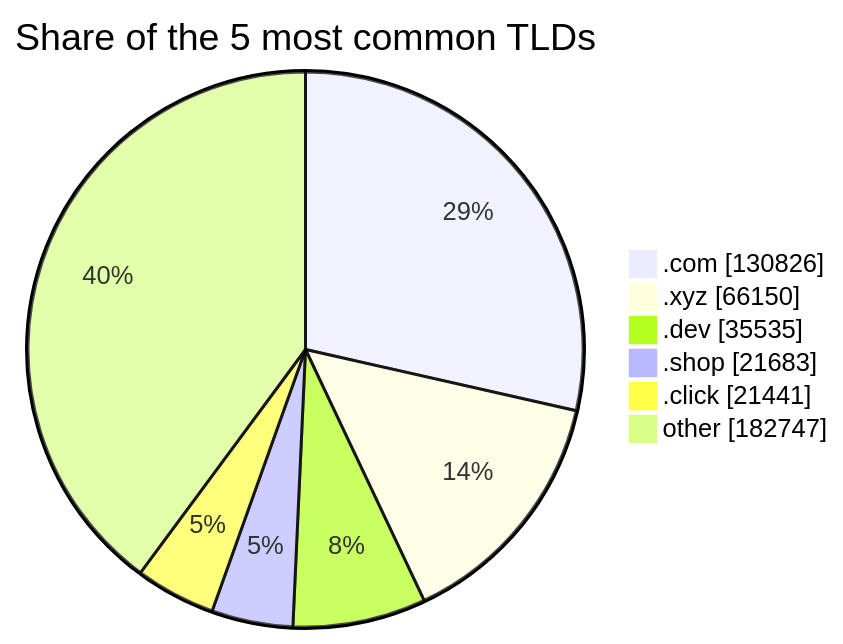
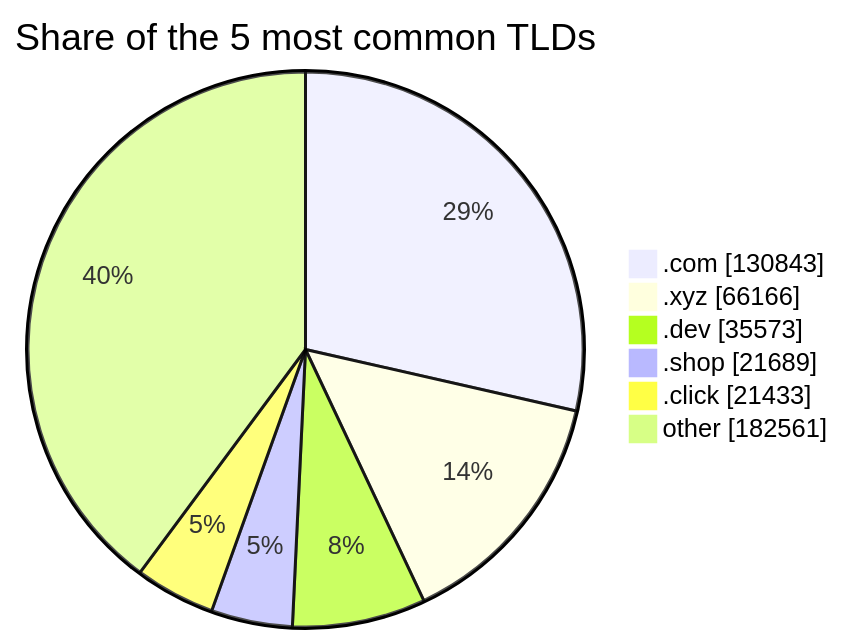
Before and after one commit to DNSBunker/CTI: the third of 3 diagrams in README.md, drawn with Mermaid. The commit also changed other lines of this file and 3 other files, not shown here.

````diff
--- a/README.md
+++ b/README.md
@@ -81,9 +81,9 @@
 ```mermaid
 pie showData title Share of the 5 most common TLDs
-    ".com" : 130826
-    ".xyz" : 66150
-    ".dev" : 35535
-    ".shop" : 21683
-    ".click" : 21441
-    "other" : 182747
+    ".com" : 130843
+    ".xyz" : 66166
+    ".dev" : 35573
+    ".shop" : 21689
+    ".click" : 21433
+    "other" : 182561
 ```
````
